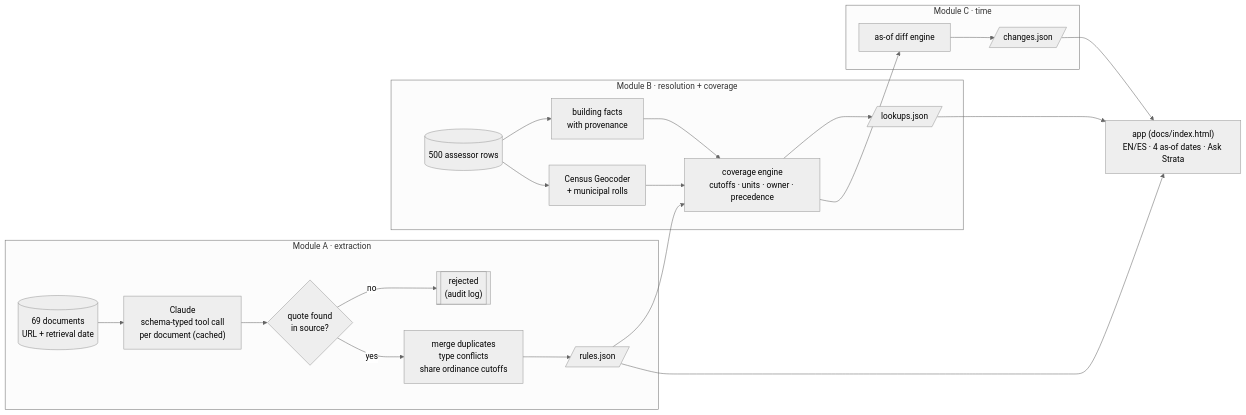
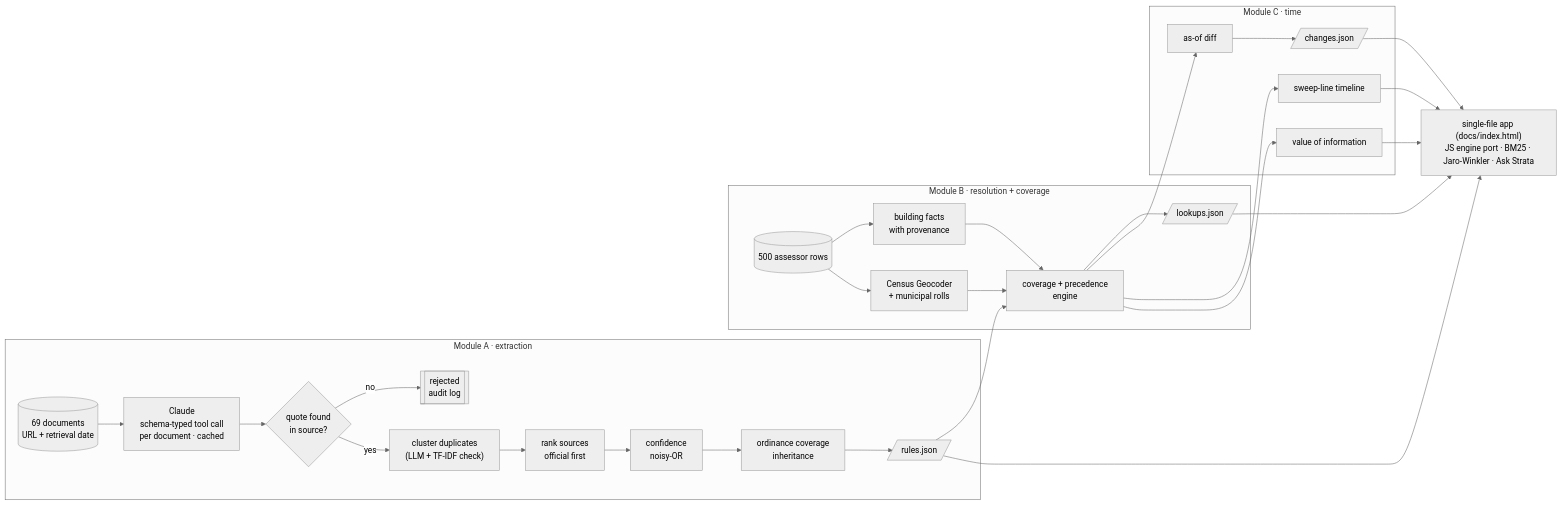
One commit to Teeraphat2543Inta/strata-rental-law-navigator changed the second of 3 diagrams in README.md. Above: the diagram before and after it, drawn with Mermaid (neutral theme). The commit also changed other lines of this file and 18 other files, not shown here.

````diff
--- a/README.md
+++ b/README.md
@@ -130,22 +103,23 @@
 ```mermaid
 flowchart LR
     subgraph A["Module A · extraction"]
-        C[(69 documents<br/>URL + retrieval date)] --> X["Claude<br/>schema-typed tool call<br/>per document (cached)"]
+        C[(69 documents<br/>URL + retrieval date)] --> X["Claude<br/>schema-typed tool call<br/>per document · cached"]
         X --> V{"quote found<br/>in source?"}
-        V -- no --> J[["rejected<br/>(audit log)"]]
-        V -- yes --> M["merge duplicates<br/>type conflicts<br/>share ordinance cutoffs"]
-        M --> RJ[/rules.json/]
+        V -- no --> J[["rejected<br/>audit log"]]
+        V -- yes --> M["cluster duplicates<br/>(LLM + TF-IDF check)"]
+        M --> S2["rank sources<br/>official first"] --> CF["confidence<br/>noisy-OR"] --> IN["ordinance coverage<br/>inheritance"] --> RJ[/rules.json/]
     end
     subgraph B["Module B · resolution + coverage"]
         S[(500 assessor rows)] --> F["building facts<br/>with provenance"]
         S --> G["Census Geocoder<br/>+ municipal rolls"]
-        F --> E["coverage engine<br/>cutoffs · units · owner · precedence"]
+        F --> E["coverage + precedence<br/>engine"]
         G --> E
-        RJ --> E
-        E --> LJ[/lookups.json/]
+        RJ --> E --> LJ[/lookups.json/]
     end
     subgraph C2["Module C · time"]
-        E --> D["as-of diff engine"] --> CJ[/changes.json/]
+        E --> D["as-of diff"] --> CJ[/changes.json/]
+        E --> TL["sweep-line timeline"]
+        E --> VO["value of information"]
     end
-    RJ & LJ & CJ --> APP["app (docs/index.html)<br/>EN/ES · 4 as-of dates · Ask Strata"]
+    RJ & LJ & CJ & TL & VO --> APP["single-file app (docs/index.html)<br/>JS engine port · BM25 · Jaro-Winkler · Ask Strata"]
 ```
````
